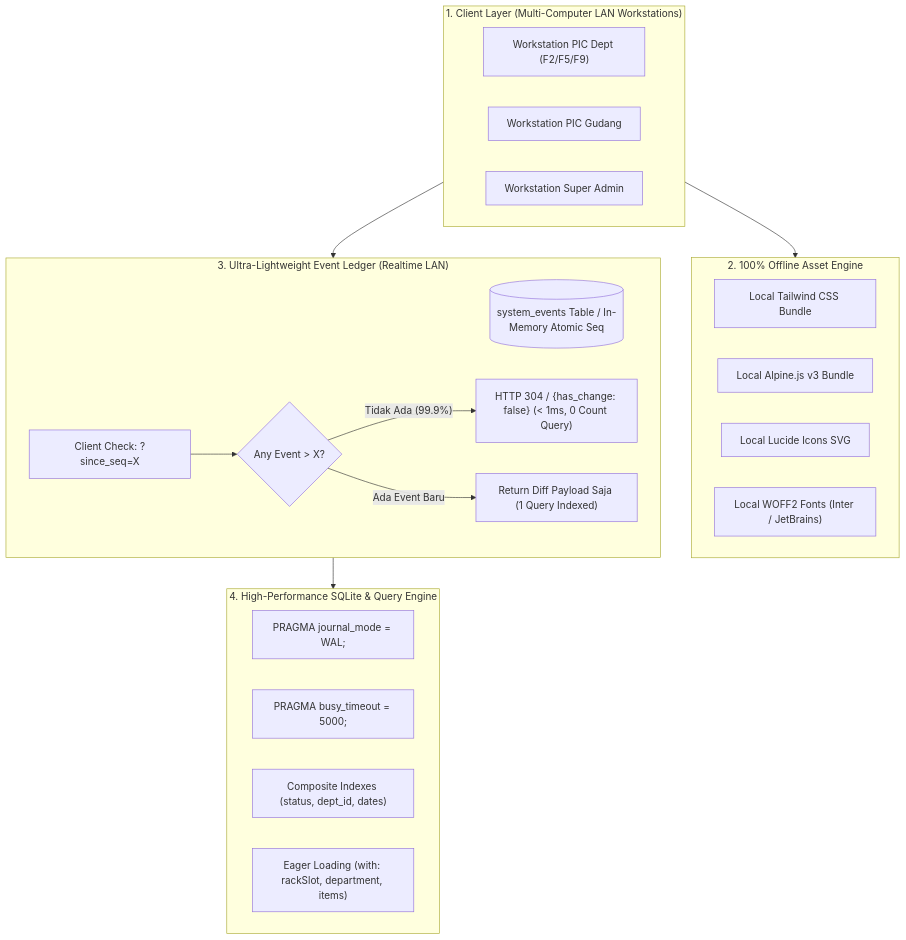
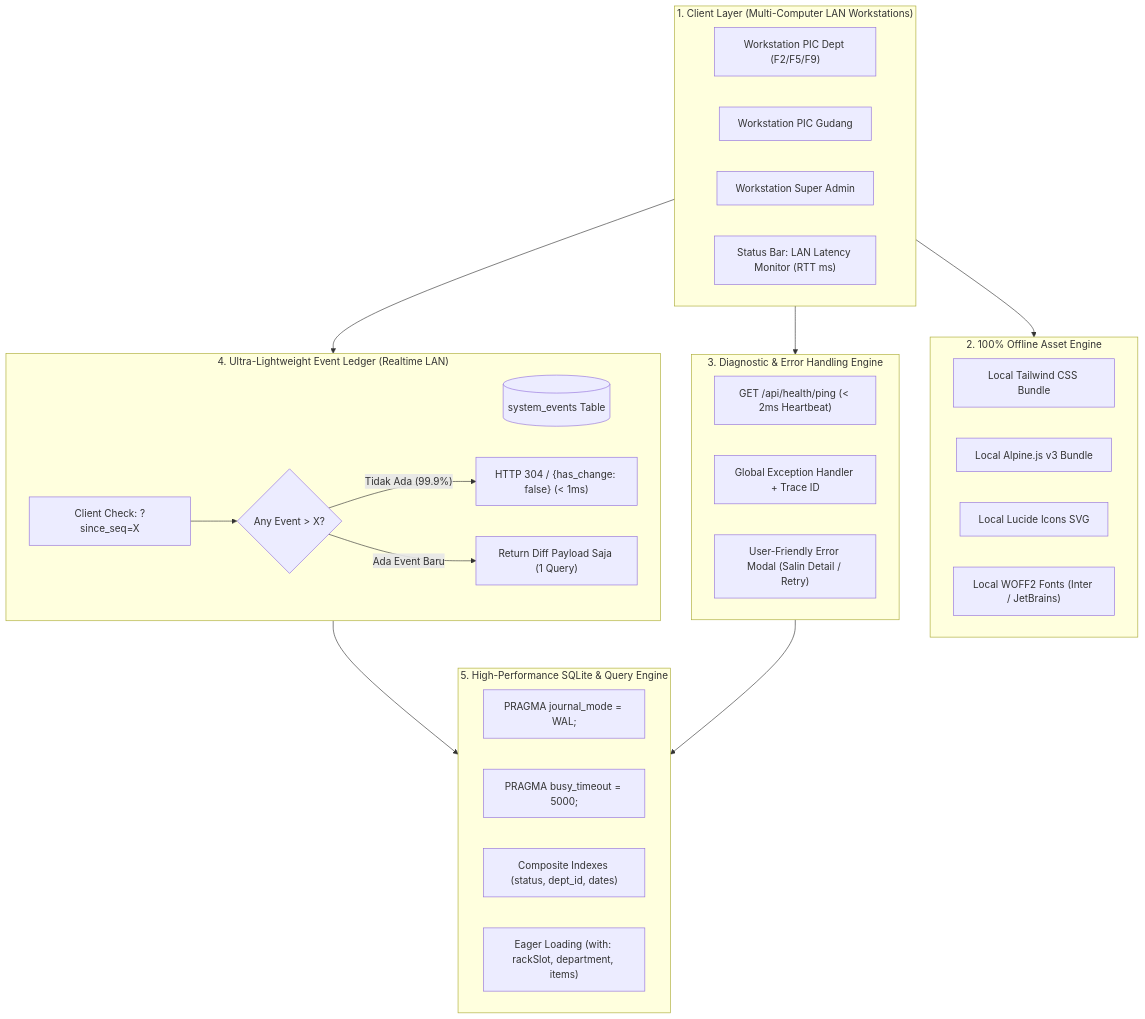
The diagram in implementation_plan_revisi_3.md (indracodev/indraco-arsip-laravel-7), drawn with Mermaid before and after one commit. The commit also changed other lines of this file, not shown here.

Commit message:
docs: add LAN latency diagnostic and comprehensive error handling to implementation plan

````diff
--- a/implementation_plan_revisi_3.md
+++ b/implementation_plan_revisi_3.md
@@ -47,33 +52,42 @@
 ```mermaid
 graph TD
     subgraph ClientLayer["1. Client Layer (Multi-Computer LAN Workstations)"]
         C1["Workstation PIC Dept (F2/F5/F9)"]
         C2["Workstation PIC Gudang"]
         C3["Workstation Super Admin"]
+        STATUS_PILL["Status Bar: LAN Latency Monitor (RTT ms)"]
     end
 
     subgraph OfflineAssets["2. 100% Offline Asset Engine"]
         TAILWIND["Local Tailwind CSS Bundle"]
         ALPINE["Local Alpine.js v3 Bundle"]
         LUCIDE["Local Lucide Icons SVG"]
         FONTS["Local WOFF2 Fonts (Inter / JetBrains)"]
     end
 
-    subgraph RealtimeEngine["3. Ultra-Lightweight Event Ledger (Realtime LAN)"]
-        EV_TABLE[("system_events Table / In-Memory Atomic Seq")]
-        POLL_REQ["Client Check: ?since_seq=X"] --> FAST_CHK{"Any Event > X?"}
-        FAST_CHK -- "Tidak Ada (99.9%)" --> HTTP304["HTTP 304 / {has_change: false} (< 1ms, 0 Count Query)"]
-        FAST_CHK -- "Ada Event Baru" --> EV_PAYLOAD["Return Diff Payload Saja (1 Query Indexed)"]
+    subgraph Diagnostics["3. Diagnostic & Error Handling Engine"]
+        PING_API["GET /api/health/ping (< 2ms Heartbeat)"]
+        ERR_HANDLER["Global Exception Handler + Trace ID"]
+        DIAG_MODAL["User-Friendly Error Modal (Salin Detail / Retry)"]
     end
 
-    subgraph StorageEngine["4. High-Performance SQLite & Query Engine"]
+    subgraph RealtimeEngine["4. Ultra-Lightweight Event Ledger (Realtime LAN)"]
+        EV_TABLE[("system_events Table")]
+        POLL_REQ["Client Check: ?since_seq=X"] --> FAST_CHK{"Any Event > X?"}
+        FAST_CHK -- "Tidak Ada (99.9%)" --> HTTP304["HTTP 304 / {has_change: false} (< 1ms)"]
+        FAST_CHK -- "Ada Event Baru" --> EV_PAYLOAD["Return Diff Payload Saja (1 Query)"]
+    end
+
+    subgraph StorageEngine["5. High-Performance SQLite & Query Engine"]
         WAL["PRAGMA journal_mode = WAL;"]
         TIMEOUT["PRAGMA busy_timeout = 5000;"]
         INDEXES["Composite Indexes (status, dept_id, dates)"]
         EAGER["Eager Loading (with: rackSlot, department, items)"]
     end
 
     ClientLayer --> OfflineAssets
+    ClientLayer --> Diagnostics
     ClientLayer --> RealtimeEngine
     RealtimeEngine --> StorageEngine
+    Diagnostics --> StorageEngine
 ```
````
